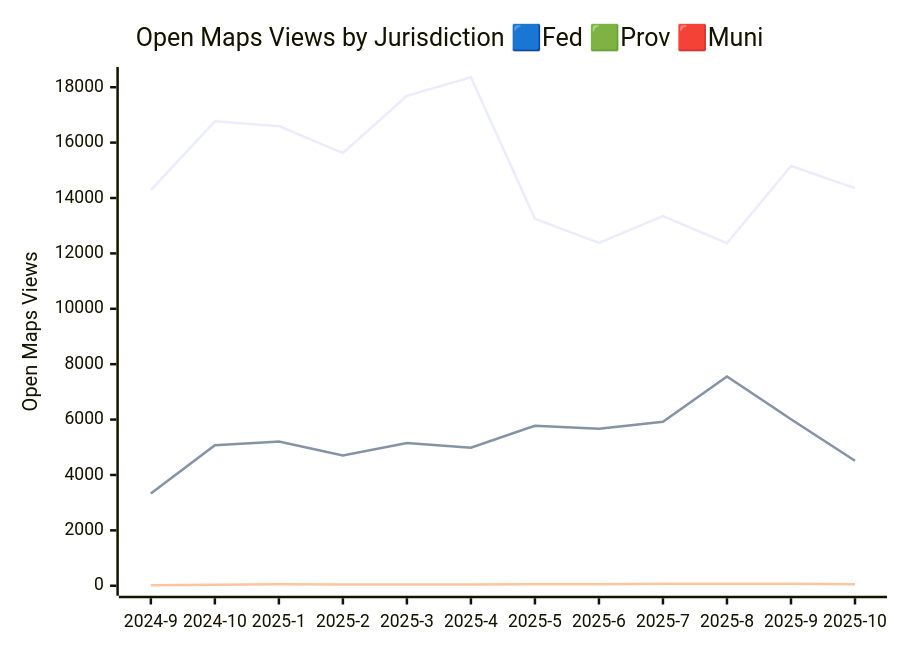
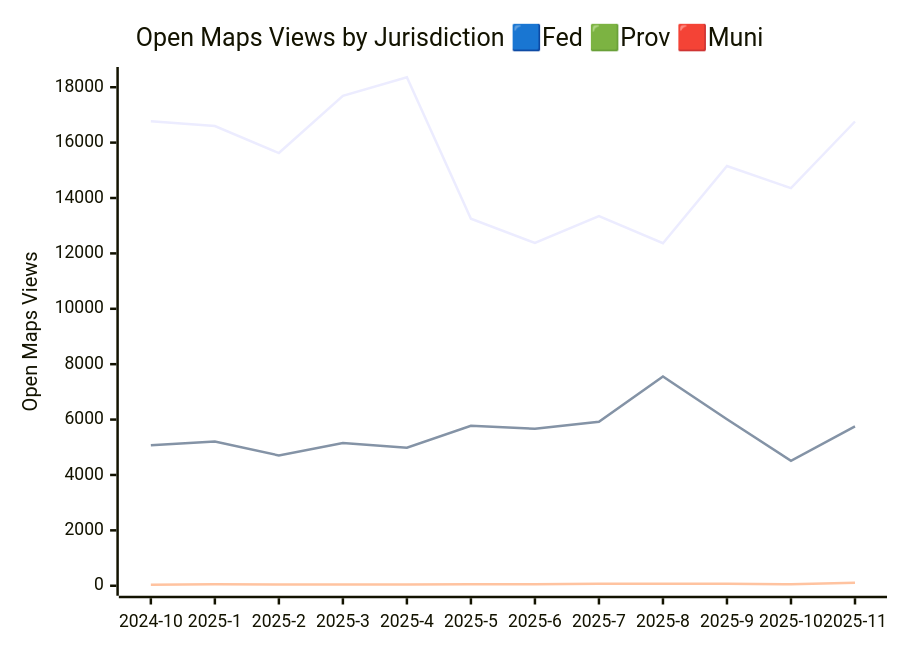
Before and after one commit to PatLittle/analytics-corporate-reporting: the third of 3 diagrams in JURISDICTION_ANALYTICS_REPORT/readme.md, drawn with Mermaid. The commit also changed other lines of this file and 3 other files, not shown here.

````diff
--- a/JURISDICTION_ANALYTICS_REPORT/readme.md
+++ b/JURISDICTION_ANALYTICS_REPORT/readme.md
@@ -42,10 +42,10 @@
 ```mermaid
 
 xychart-beta
     title "Open Maps Views by Jurisdiction 🟦Fed 🟩Prov 🟥Muni"
-    x-axis [2024-9, 2024-10, 2025-1, 2025-2, 2025-3, 2025-4, 2025-5, 2025-6, 2025-7, 2025-8, 2025-9, 2025-10]
+    x-axis [2024-10, 2025-1, 2025-2, 2025-3, 2025-4, 2025-5, 2025-6, 2025-7, 2025-8, 2025-9, 2025-10, 2025-11]
     y-axis "Open Maps Views" 0 --> 18369
-    line [14281, 16769, 16596, 15623, 17687, 18359, 13250, 12379, 13343, 12366, 15153, 14355]
-    line [3333, 5076, 5206, 4704, 5150, 4987, 5778, 5667, 5922, 7554, 6011, 4513]
-    line [14, 36, 52, 45, 47, 42, 52, 51, 71, 72, 68, 55]
+    line [16769, 16596, 15623, 17687, 18359, 13250, 12379, 13343, 12366, 15153, 14355, 16762]
+    line [5076, 5206, 4704, 5150, 4987, 5778, 5667, 5922, 7554, 6011, 4513, 5755]
+    line [36, 52, 45, 47, 42, 52, 51, 71, 72, 68, 55, 108]
 ```
````
